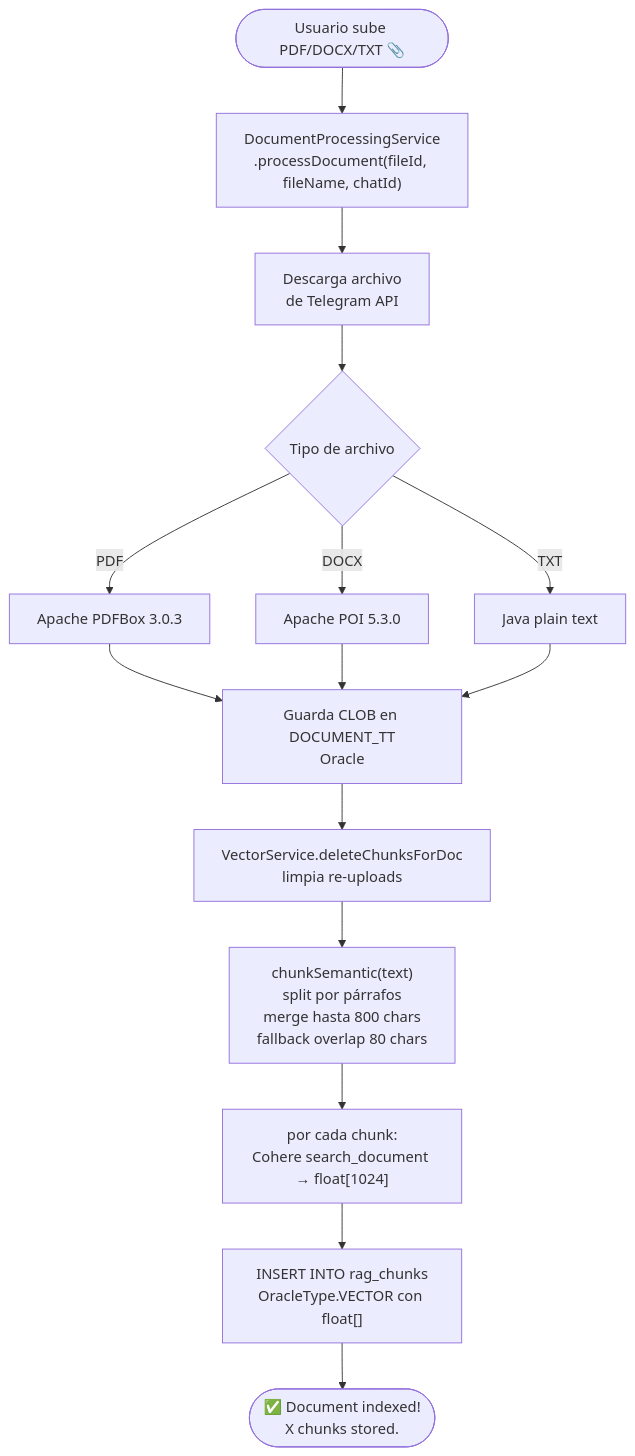
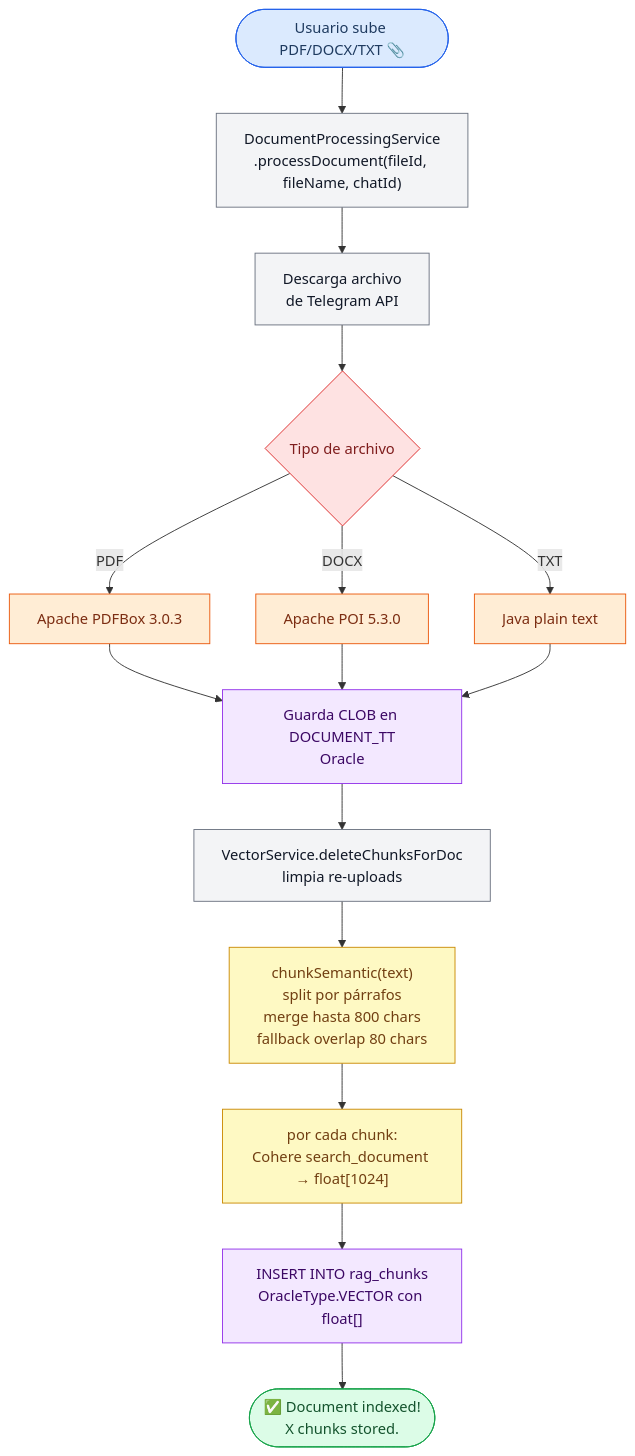
One commit to LosPapois/LosPapois_TaskTuner changed the diagram in website/docs/flows/document-indexing.md. Above: the diagram before and after it, drawn with Mermaid. The commit also changed 6 other files, not shown here.

First line of the commit message:
feat(docs): add colors to all Mermaid diagrams

````diff
--- a/website/docs/flows/document-indexing.md
+++ b/website/docs/flows/document-indexing.md
@@ -9,17 +9,33 @@
 ```mermaid
 flowchart TD
     Upload([Usuario sube PDF/DOCX/TXT 📎]) --> Process["DocumentProcessingService\n.processDocument(fileId, fileName, chatId)"]
     Process --> Download["Descarga archivo\nde Telegram API"]
     Download --> Extract{Tipo de archivo}
     Extract -->|PDF| PDFBox["Apache PDFBox 3.0.3"]
     Extract -->|DOCX| POI["Apache POI 5.3.0"]
     Extract -->|TXT| Plain["Java plain text"]
     PDFBox --> SaveClob["Guarda CLOB en DOCUMENT_TT\nOracle"]
     POI --> SaveClob
     Plain --> SaveClob
     SaveClob --> Delete["VectorService.deleteChunksForDoc\nlimpia re-uploads"]
     Delete --> Chunk["chunkSemantic(text)\nsplit por párrafos\nmerge hasta 800 chars\nfallback overlap 80 chars"]
     Chunk --> EmbedLoop["por cada chunk:\nCohere search_document → float[1024]"]
     EmbedLoop --> Insert["INSERT INTO rag_chunks\nOracleType.VECTOR con float[]"]
     Insert --> Done(["✅ Document indexed!\nX chunks stored."])
+
+    classDef trigger fill:#DBEAFE,stroke:#2563EB,color:#1E3A5F
+    classDef process fill:#F3F4F6,stroke:#6B7280,color:#111827
+    classDef extractor fill:#FFEDD5,stroke:#EA580C,color:#7C2D12
+    classDef oracle fill:#F3E8FF,stroke:#9333EA,color:#3B0764
+    classDef cohere fill:#FEF9C3,stroke:#CA8A04,color:#713F12
+    classDef done fill:#DCFCE7,stroke:#16A34A,color:#14532D
+    classDef decision fill:#FEE2E2,stroke:#DC2626,color:#7F1D1D
+
+    class Upload trigger
+    class Process,Download,Delete process
+    class Extract decision
+    class PDFBox,POI,Plain extractor
+    class SaveClob,Insert oracle
+    class Chunk,EmbedLoop cohere
+    class Done done
 ```
````
